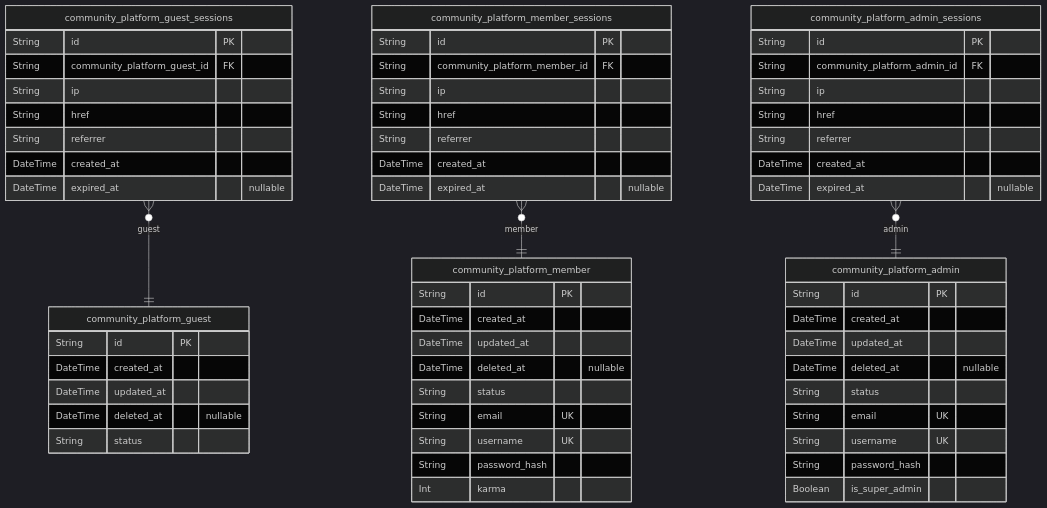
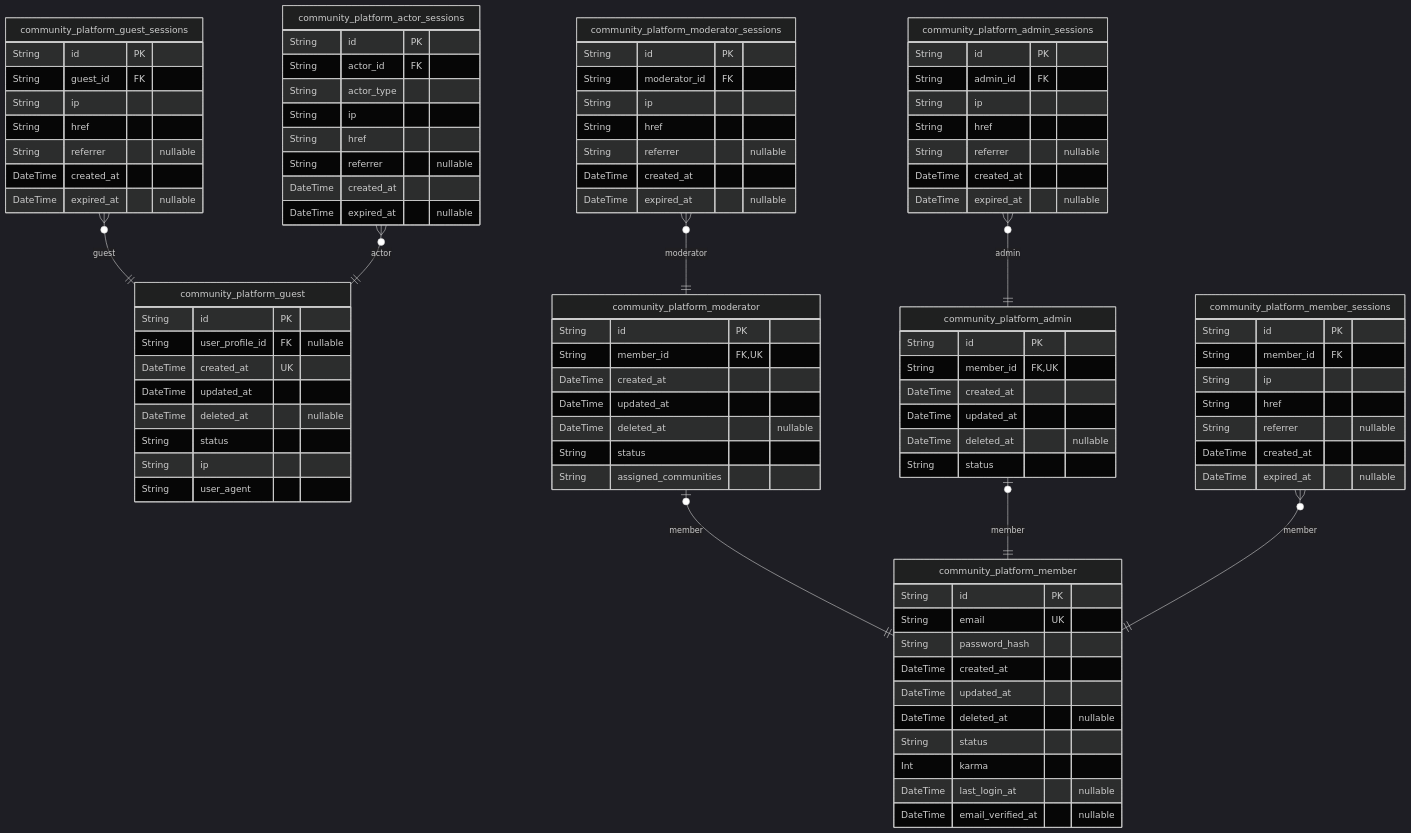
One commit to wrtnlabs/autobe-examples changed the second of 10 diagrams in qwen/qwen3-next-80b-a3b-instruct/reddit/docs/ERD.md. Above: the diagram before and after it, drawn with Mermaid (dark theme). The commit also changed other lines of this file and 960 other files, not shown here.

````diff
--- a/qwen/qwen3-next-80b-a3b-instruct/reddit/docs/ERD.md
+++ b/qwen/qwen3-next-80b-a3b-instruct/reddit/docs/ERD.md
@@ -148,61 +374,94 @@
 erDiagram
 "community_platform_guest" {
   String id PK
+  String user_profile_id FK "nullable"
+  DateTime created_at UK
+  DateTime updated_at
+  DateTime deleted_at "nullable"
+  String status
+  String ip
+  String user_agent
+}
+"community_platform_member" {
+  String id PK
+  String email UK
+  String password_hash
+  DateTime created_at
+  DateTime updated_at
+  DateTime deleted_at "nullable"
+  String status
+  Int karma
+  DateTime last_login_at "nullable"
+  DateTime email_verified_at "nullable"
+}
+"community_platform_moderator" {
+  String id PK
+  String member_id FK,UK
+  DateTime created_at
+  DateTime updated_at
+  DateTime deleted_at "nullable"
+  String status
+  String assigned_communities
+}
+"community_platform_admin" {
+  String id PK
+  String member_id FK,UK
   DateTime created_at
   DateTime updated_at
   DateTime deleted_at "nullable"
   String status
 }
-"community_platform_member" {
-  String id PK
-  DateTime created_at
-  DateTime updated_at
-  DateTime deleted_at "nullable"
-  String status
-  String email UK
-  String username UK
-  String password_hash
-  Int karma
-}
-"community_platform_admin" {
-  String id PK
-  DateTime created_at
-  DateTime updated_at
-  DateTime deleted_at "nullable"
-  String status
-  String email UK
-  String username UK
-  String password_hash
-  Boolean is_super_admin
-}
 "community_platform_guest_sessions" {
   String id PK
-  String community_platform_guest_id FK
+  String guest_id FK
   String ip
   String href
-  String referrer
+  String referrer "nullable"
   DateTime created_at
   DateTime expired_at "nullable"
 }
 "community_platform_member_sessions" {
   String id PK
-  String community_platform_member_id FK
+  String member_id FK
   String ip
   String href
-  String referrer
+  String referrer "nullable"
+  DateTime created_at
+  DateTime expired_at "nullable"
+}
+"community_platform_moderator_sessions" {
+  String id PK
+  String moderator_id FK
+  String ip
+  String href
+  String referrer "nullable"
   DateTime created_at
   DateTime expired_at "nullable"
 }
 "community_platform_admin_sessions" {
   String id PK
-  String community_platform_admin_id FK
+  String admin_id FK
   String ip
   String href
-  String referrer
+  String referrer "nullable"
   DateTime created_at
   DateTime expired_at "nullable"
 }
+"community_platform_actor_sessions" {
+  String id PK
+  String actor_id FK
+  String actor_type
+  String ip
+  String href
+  String referrer "nullable"
+  DateTime created_at
+  DateTime expired_at "nullable"
+}
+"community_platform_moderator" |o--|| "community_platform_member" : member
+"community_platform_admin" |o--|| "community_platform_member" : member
 "community_platform_guest_sessions" }o--|| "community_platform_guest" : guest
 "community_platform_member_sessions" }o--|| "community_platform_member" : member
+"community_platform_moderator_sessions" }o--|| "community_platform_moderator" : moderator
 "community_platform_admin_sessions" }o--|| "community_platform_admin" : admin
+"community_platform_actor_sessions" }o--|| "community_platform_guest" : actor
 ```
````
